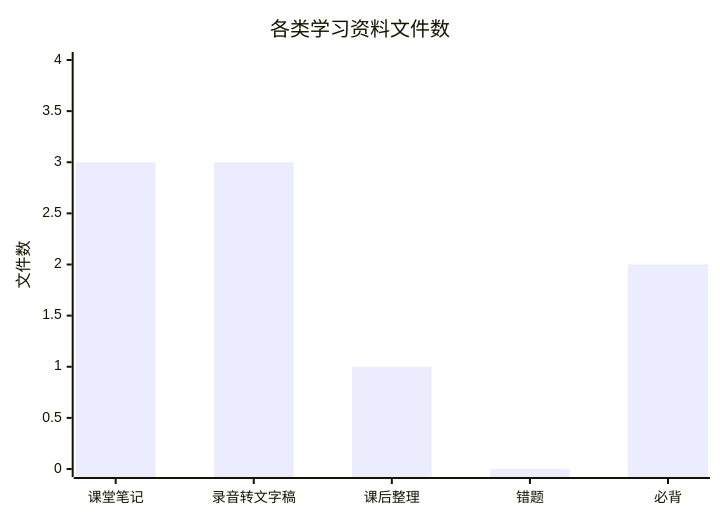
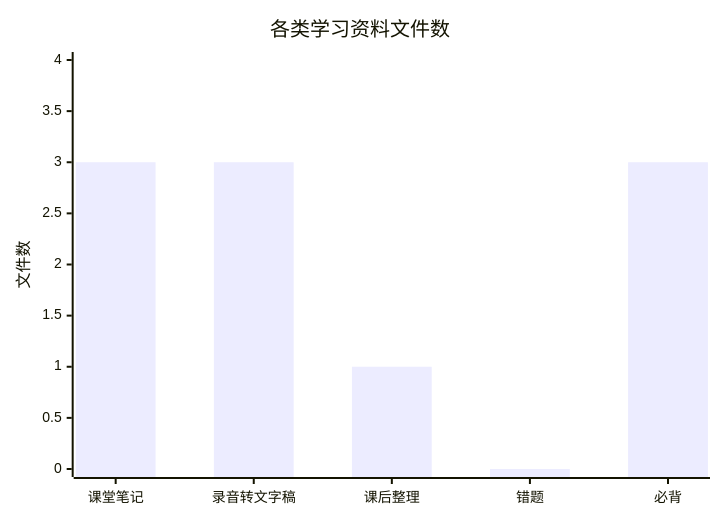
One commit to zhuchenyu2008/Learning-Library changed the third of 3 diagrams in README.md. Above: the diagram before and after it, drawn with Mermaid. The commit also changed other lines of this file, not shown here.

````diff
--- a/README.md
+++ b/README.md
@@ -56,7 +56,7 @@
 ```mermaid
 xychart-beta
     title "各类学习资料文件数"
     x-axis ["课堂笔记", "录音转文字稿", "课后整理", "错题", "必背"]
     y-axis "文件数" 0 --> 4
-    bar [3, 3, 1, 0, 2]
+    bar [3, 3, 1, 0, 3]
 ```
````
